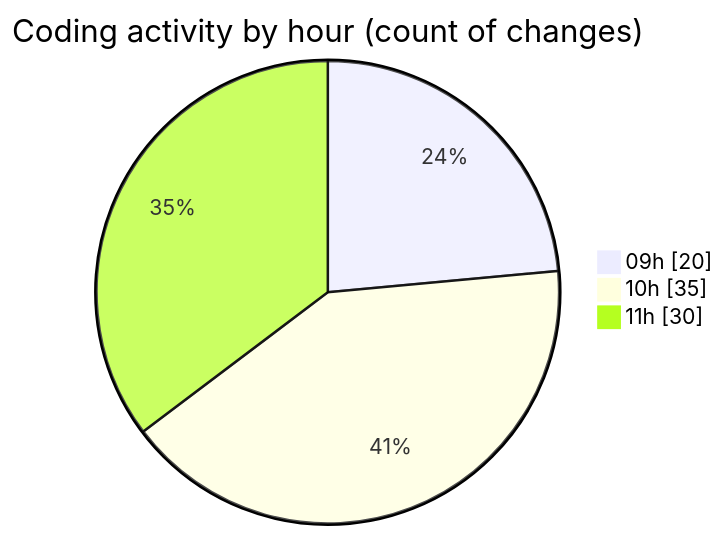
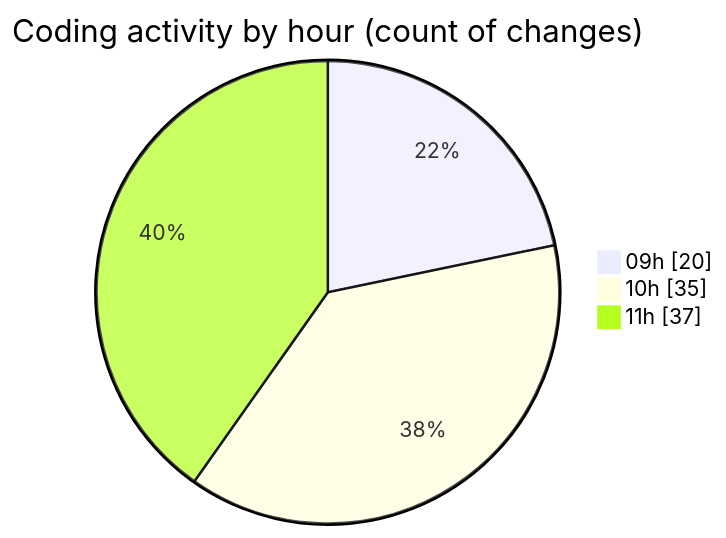
Before and after one commit to CELIANVF/code-tracking: the second of 2 diagrams in 2025-06-10/ecodeli-1/README.md, drawn with Mermaid. The commit also changed other lines of this file and 1 other file, not shown here.

````diff
--- a/2025-06-10/ecodeli-1/README.md
+++ b/2025-06-10/ecodeli-1/README.md
@@ -63,7 +64,7 @@
 ```mermaid
 pie showData
 title Coding activity by hour (count of changes)
 "09h" : 20
 "10h" : 35
-"11h" : 30
+"11h" : 37
 ```
````
